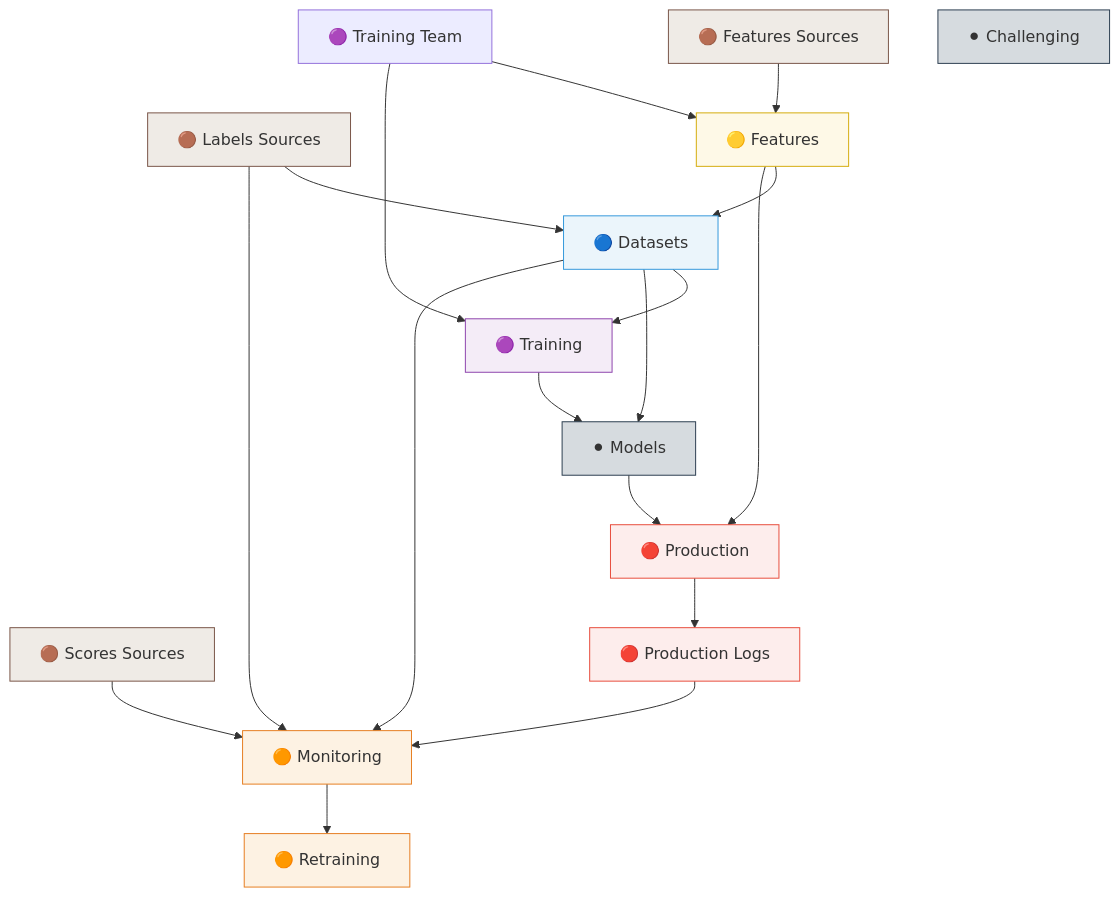
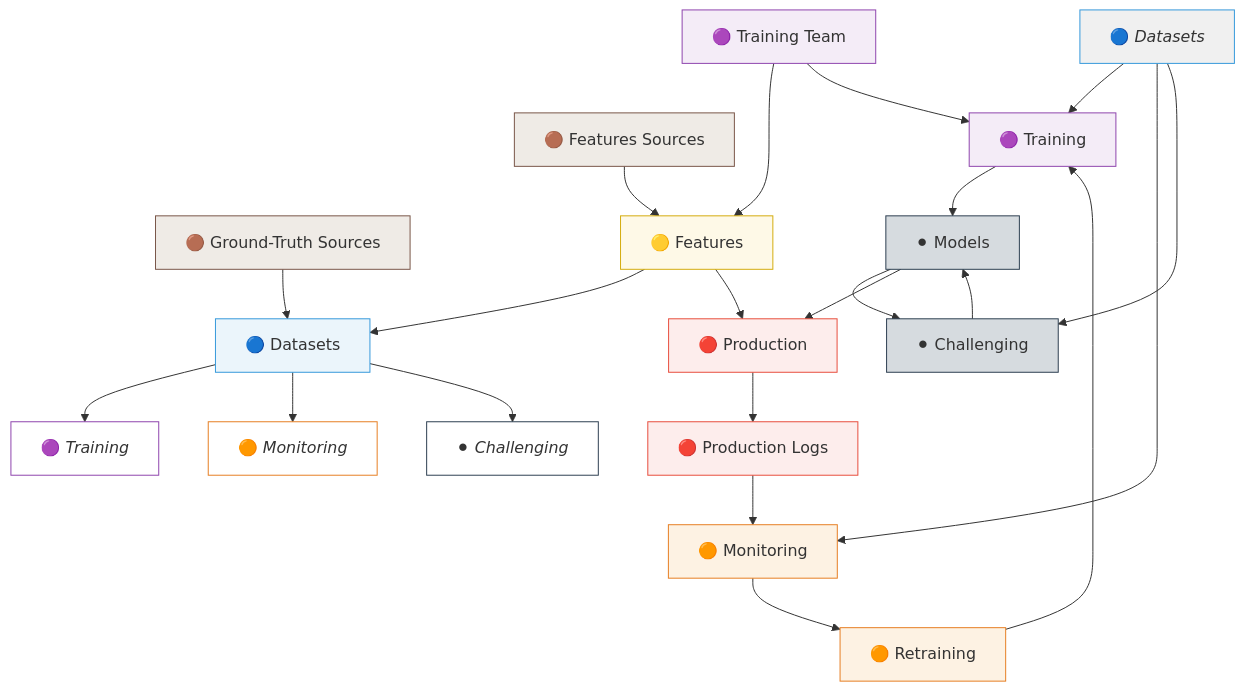
The diagram in sources/diagrams/stripe-step-6--ml-integration-strategy--diagram-2-1.md (nicolaspichon-git/jedha-data-scientist-lead-bloc2--stripe-project), drawn with Mermaid before and after one commit. The commit also changed other lines of this file and 6 other files, not shown here.

````diff
--- a/sources/diagrams/stripe-step-6--ml-integration-strategy--diagram-2-1.md
+++ b/sources/diagrams/stripe-step-6--ml-integration-strategy--diagram-2-1.md
@@ -2,52 +13,70 @@
 ```mermaid
 flowchart TB
 
+	DATASETS_SYSTEM_ANCHOR["🔵 <i>Datasets</i>"]
+	TRAINING_SYSTEM_ANCHOR["🟣 <i>Training</i>"]
+	MONITORING_SYSTEM_ANCHOR["🟠 <i>Monitoring</i>"]
+	CHALLENGING_SYSTEM_ANCHOR["⚫ <i>Challenging</i>"]
+
 	FEATURES_SOURCES["🟤 Features Sources"]
-	SCORES_SOURCES["🟤 Scores Sources"]
-	LABELS_SOURCES["🟤 Labels Sources"]
+	LABELS_SOURCES["🟤 Ground-Truth Sources"]
 	FEATURES_SYSTEM["🟡 Features"]
 	DATASETS_SYSTEM["🔵 Datasets"]
 	TRAINING_TEAM["🟣 Training Team"]
 	TRAINING_SYSTEM["🟣 Training"]
+	CHALLENGING_SYSTEM["⚫ Challenging"]
 	MODELS_SYSTEM["⚫ Models"]
-	CHALLENGING_SYSTEM["⚫ Challenging"]
 	PRODUCTION_SYSTEM["🔴 Production"]
 	PRODUCTION_LOGS["🔴 Production Logs"]
 	MONITORING_SYSTEM["🟠 Monitoring"]
 	RETRAINING_SYSTEM["🟠 Retraining"]
 
+	TRAINING_TEAM --> FEATURES_SYSTEM   
+	TRAINING_TEAM --> TRAINING_SYSTEM  
+
+	LABELS_SOURCES --> DATASETS_SYSTEM  
+
 	FEATURES_SOURCES --> FEATURES_SYSTEM  
-	LABELS_SOURCES --> DATASETS_SYSTEM  
-	
-	FEATURES_SYSTEM --> DATASETS_SYSTEM  
+	FEATURES_SYSTEM --> DATASETS_SYSTEM 
+
 	FEATURES_SYSTEM --> PRODUCTION_SYSTEM 
 
-	TRAINING_TEAM --> FEATURES_SYSTEM   
-	TRAINING_TEAM --> TRAINING_SYSTEM  
+	DATASETS_SYSTEM --> TRAINING_SYSTEM_ANCHOR   
+	DATASETS_SYSTEM --> MONITORING_SYSTEM_ANCHOR    
+	DATASETS_SYSTEM --> CHALLENGING_SYSTEM_ANCHOR    
+	 
+	CHALLENGING_SYSTEM --> MODELS_SYSTEM
+	MODELS_SYSTEM --> CHALLENGING_SYSTEM 
+
 	TRAINING_SYSTEM --> MODELS_SYSTEM  
-	
-	DATASETS_SYSTEM --> TRAINING_SYSTEM  
-	DATASETS_SYSTEM --> MODELS_SYSTEM  
-	DATASETS_SYSTEM --> MONITORING_SYSTEM 
-	 
-	MODELS_SYSTEM --> PRODUCTION_SYSTEM    
+	MODELS_SYSTEM --> PRODUCTION_SYSTEM   
 	
 	PRODUCTION_SYSTEM --> PRODUCTION_LOGS 
 	PRODUCTION_LOGS --> MONITORING_SYSTEM 
-	SCORES_SOURCES --> MONITORING_SYSTEM
-	LABELS_SOURCES --> MONITORING_SYSTEM  
 	MONITORING_SYSTEM --> RETRAINING_SYSTEM  
 	
+	RETRAINING_SYSTEM --> TRAINING_SYSTEM
+
+	DATASETS_SYSTEM_ANCHOR --> TRAINING_SYSTEM  
+	DATASETS_SYSTEM_ANCHOR --> MONITORING_SYSTEM 
+	DATASETS_SYSTEM_ANCHOR --> CHALLENGING_SYSTEM
+
     style FEATURES_SOURCES fill:#EFEBE6,stroke:#795548
-    style SCORES_SOURCES fill:#EFEBE6,stroke:#795548
     style LABELS_SOURCES fill:#EFEBE6,stroke:#795548
     style FEATURES_SYSTEM fill:#FEF9E7,stroke:#D4AC0D
     style DATASETS_SYSTEM fill:#EBF5FB,stroke:#3498DB
+    style TRAINING_TEAM fill:#F4ECF7,stroke:#8E44AD
     style TRAINING_SYSTEM fill:#F4ECF7,stroke:#8E44AD
     style MODELS_SYSTEM fill:#D6DBDF,stroke:#2C3E50
     style CHALLENGING_SYSTEM fill:#D6DBDF,stroke:#2C3E50
     style PRODUCTION_SYSTEM fill:#FDEDEC,stroke:#E74C3C  
     style PRODUCTION_LOGS fill:#FDEDEC,stroke:#E74C3C  
     style MONITORING_SYSTEM fill:#FDF2E3,stroke:#E67E22
     style RETRAINING_SYSTEM fill:#FDF2E3,stroke:#E67E22
+
+	style DATASETS_SYSTEM_ANCHOR fill:#F0F0F0,stroke:#3498DB
+	style TRAINING_SYSTEM_ANCHOR fill:#FFFFFF,stroke:#8E44AD
+	style MONITORING_SYSTEM_ANCHOR fill:#FFFFFF,stroke:#E67E22
+	style CHALLENGING_SYSTEM_ANCHOR fill:#FFFFFF,stroke:#2C3E50
+
 ```
````
